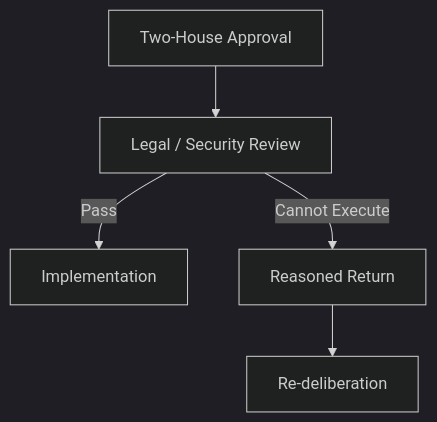
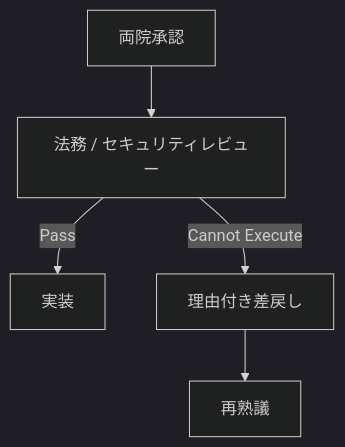
Diagram 14 of 23 in docs/whitepaper/07-governance.md (ShigeichiroYamasaki/creator-first-platform), drawn with Mermaid (dark theme) before and after one commit. The commit also changed other lines of this file and 72 other files, not shown here.

````diff
--- a/docs/whitepaper/07-governance.md
+++ b/docs/whitepaper/07-governance.md
@@ -713,10 +713,10 @@
 ```mermaid
 flowchart TD
-    APPROVED[Two-House Approval]
-    REVIEW[Legal / Security Review]
+    APPROVED[両院承認]
+    REVIEW[法務 / セキュリティレビュー]
 
     APPROVED --> REVIEW
-    REVIEW -->|Pass| IMPLEMENT[Implementation]
-    REVIEW -->|Cannot Execute| RETURN[Reasoned Return]
-    RETURN --> HOUSES[Re-deliberation]
+    REVIEW -->|Pass| IMPLEMENT[実装]
+    REVIEW -->|Cannot Execute| RETURN[理由付き差戻し]
+    RETURN --> HOUSES[再熟議]
 ```
````
